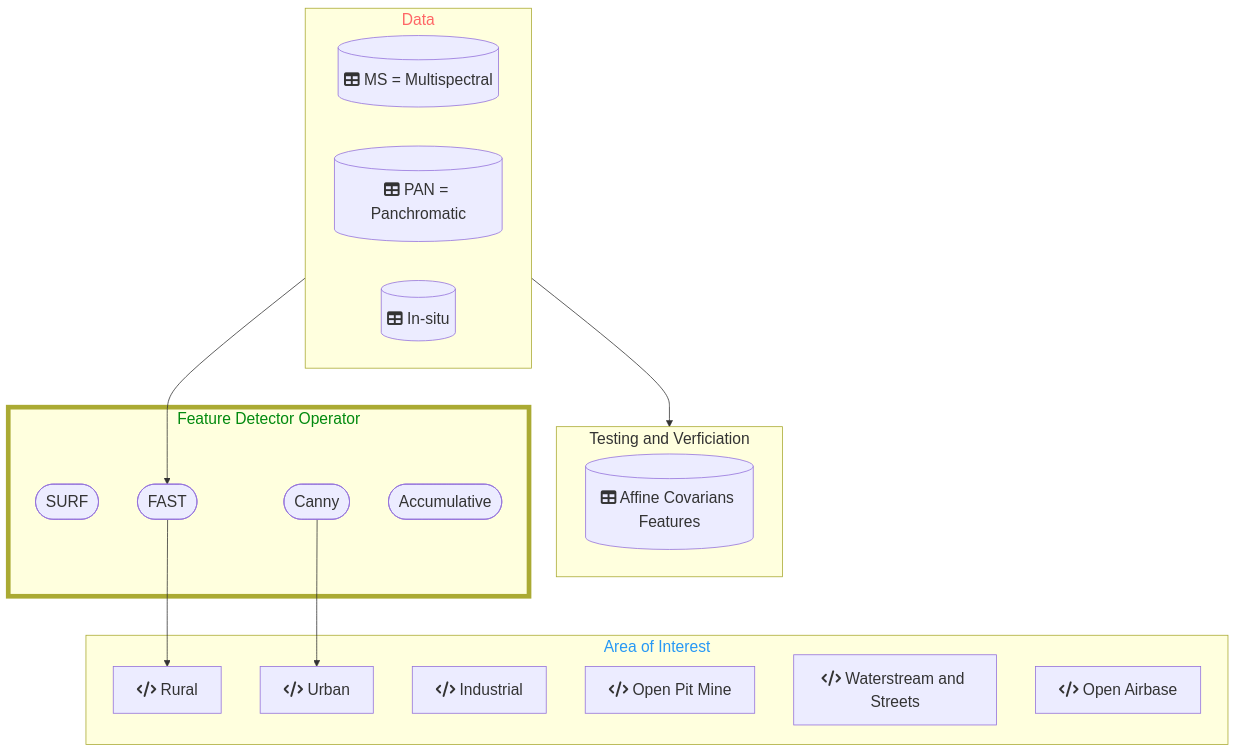
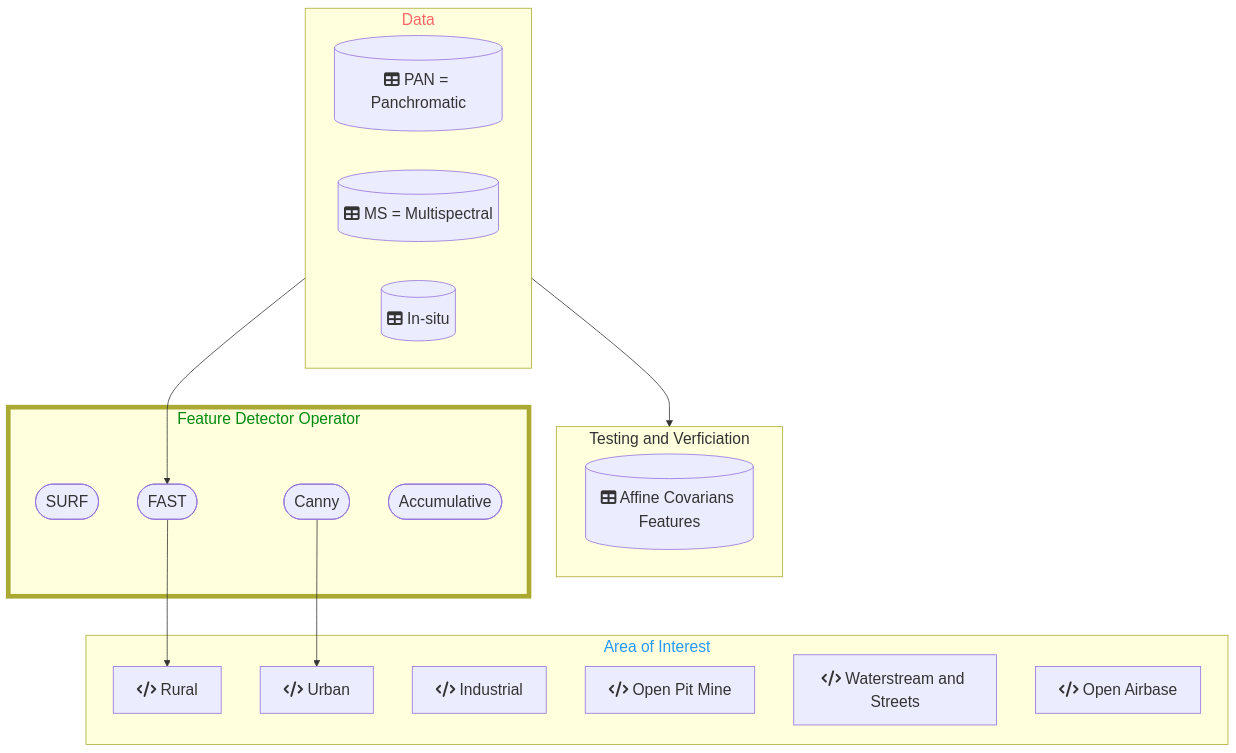
Before and after one commit to DippoldEJ/Feature-Detection-and-Explanation: the diagram in Application/README.md, drawn with Mermaid. The commit also changed other lines of this file, not shown here.

````diff
--- a/Application/README.md
+++ b/Application/README.md
@@ -13,46 +13,46 @@
 ```mermaid
 flowchart TD;
 %%{init: {
 	'themeVariables': { 'fontSize': '20px', 'fontFamily': 'Didot'}
 	}
 }%%
 
  subgraph n[Data]
         direction LR
+        h[(fa:fa-table PAN = Panchromatic)]
         g[(fa:fa-table MS = Multispectral)]
-        h[(fa:fa-table PAN = Panchromatic)]
 		s[(fa:fa-table In-situ)]
     end
 
  subgraph q[Testing and Verficiation]
         direction LR
         r[(fa:fa-table Affine Covarians Features)]
     end
 
  subgraph o[Feature Detector Operator]
         j([SURF])
         k([FAST])
         l([Canny])
         m([Accumulative])
     end
 
 subgraph p[Area of Interest]
     a[fa:fa-code Rural]
     b[fa:fa-code Urban]
     c[fa:fa-code Industrial]
     d[fa:fa-code Open Pit Mine]
     e[fa:fa-code Waterstream and Streets]
     f[fa:fa-code Open Airbase]
     end
 
 style n color:#f66
 style o stroke-width:6px
 style o color:#028A0F
 style p color:#2798F5
 
 h-->k
 k-->a
 l-->b
 n-->q
 
 ```
````
